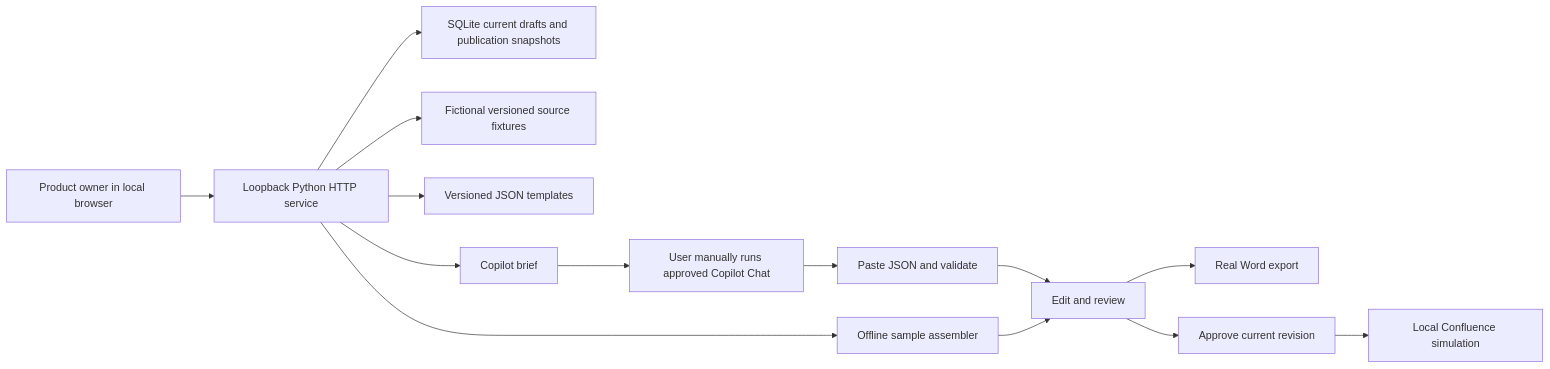
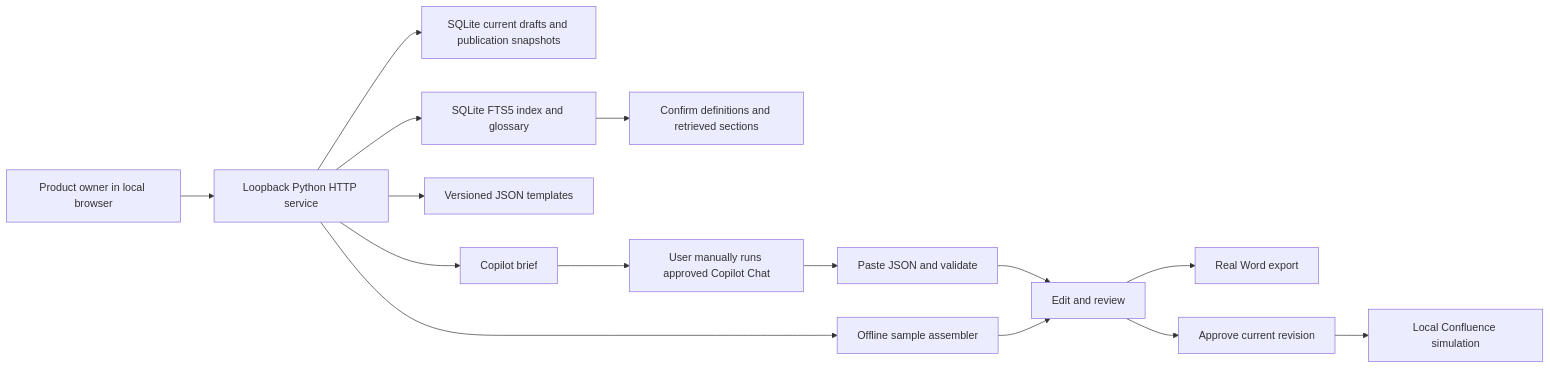
One commit to bipinhcs11/Agentic-AI-Learning-Roadmap changed the diagram in Phase8_Integrations_Shipping/project_07_business_document_assistant/docs/ARCHITECTURE.md. Above: the diagram before and after it, drawn with Mermaid. The commit also changed other lines of this file and 20 other files, not shown here.

````diff
--- a/Phase8_Integrations_Shipping/project_07_business_document_assistant/docs/ARCHITECTURE.md
+++ b/Phase8_Integrations_Shipping/project_07_business_document_assistant/docs/ARCHITECTURE.md
@@ -5,16 +33,17 @@
 ```mermaid
 flowchart LR
     PO[Product owner in local browser] --> HTTP[Loopback Python HTTP service]
     HTTP --> DATA[SQLite current drafts and publication snapshots]
-    HTTP --> CONTEXT[Fictional versioned source fixtures]
+    HTTP --> CONTEXT[SQLite FTS5 index and glossary]
+    CONTEXT --> REVIEWCONTEXT[Confirm definitions and retrieved sections]
     HTTP --> TEMPLATES[Versioned JSON templates]
     HTTP --> OFFLINE[Offline sample assembler]
     HTTP --> BRIEF[Copilot brief]
     BRIEF --> USER[User manually runs approved Copilot Chat]
     USER --> IMPORT[Paste JSON and validate]
     IMPORT --> EDIT[Edit and review]
     OFFLINE --> EDIT
     EDIT --> WORD[Real Word export]
     EDIT --> APPROVE[Approve current revision]
     APPROVE --> PREVIEW[Local Confluence simulation]
 ```
````
